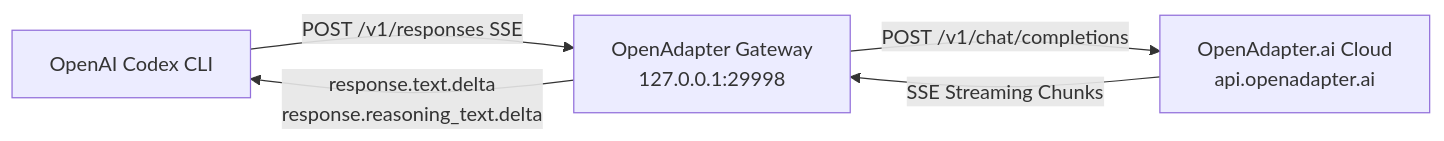
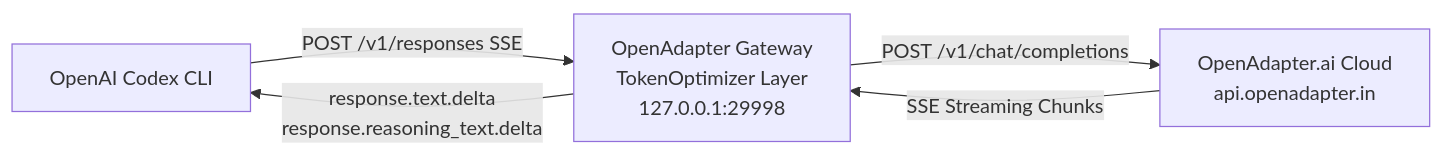
Before and after one commit to romangalaxys10-spec/openadapter-for-codex: the diagram in README.md, drawn with Mermaid. The commit also changed other lines of this file, not shown here.

Commit message:
docs: add TokenOptimizer documentation and With vs Without benchmark comparison table

````diff
--- a/README.md
+++ b/README.md
@@ -54,7 +54,7 @@
 ```mermaid
 flowchart LR
-    A[OpenAI Codex CLI] -->|POST /v1/responses SSE| B[OpenAdapter Gateway<br/>127.0.0.1:29998]
-    B -->|POST /v1/chat/completions| C[OpenAdapter.ai Cloud<br/>api.openadapter.ai]
+    A[OpenAI Codex CLI] -->|POST /v1/responses SSE| B[OpenAdapter Gateway<br/>TokenOptimizer Layer<br/>127.0.0.1:29998]
+    B -->|POST /v1/chat/completions| C[OpenAdapter.ai Cloud<br/>api.openadapter.in]
     C -->|SSE Streaming Chunks| B
     B -->|response.text.delta<br/>response.reasoning_text.delta| A
 ```
````
